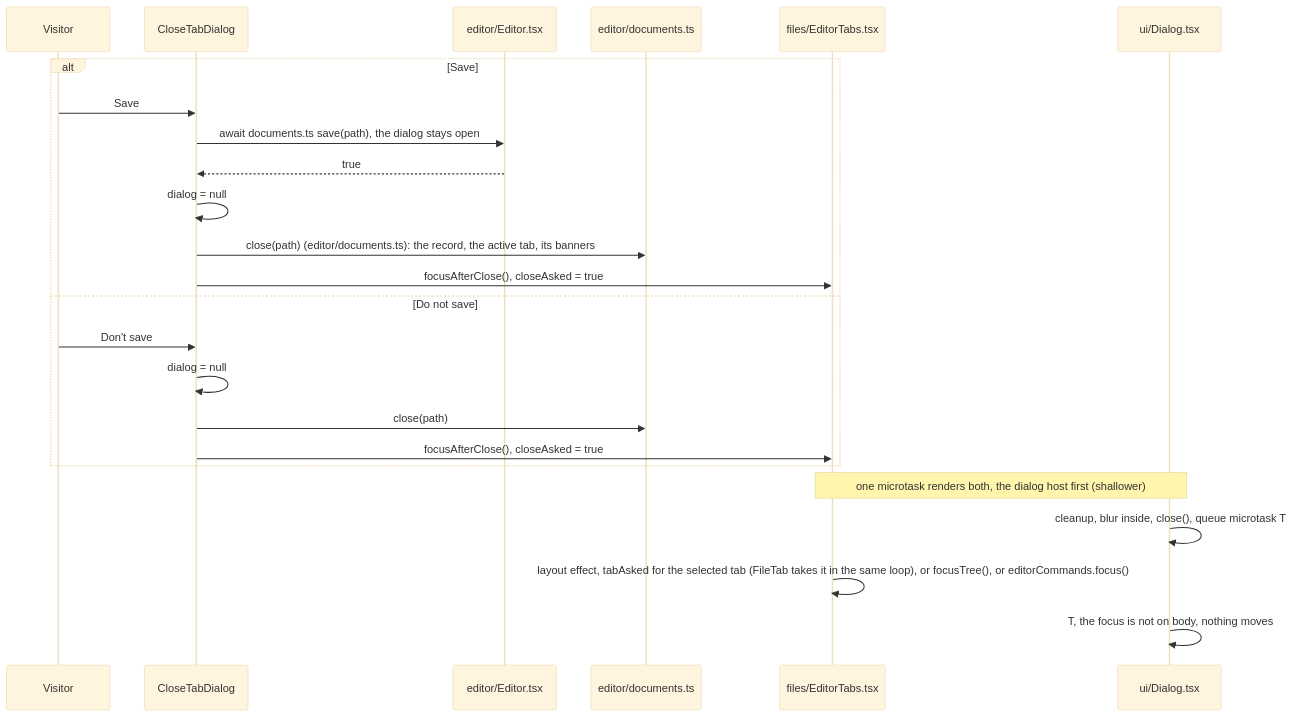
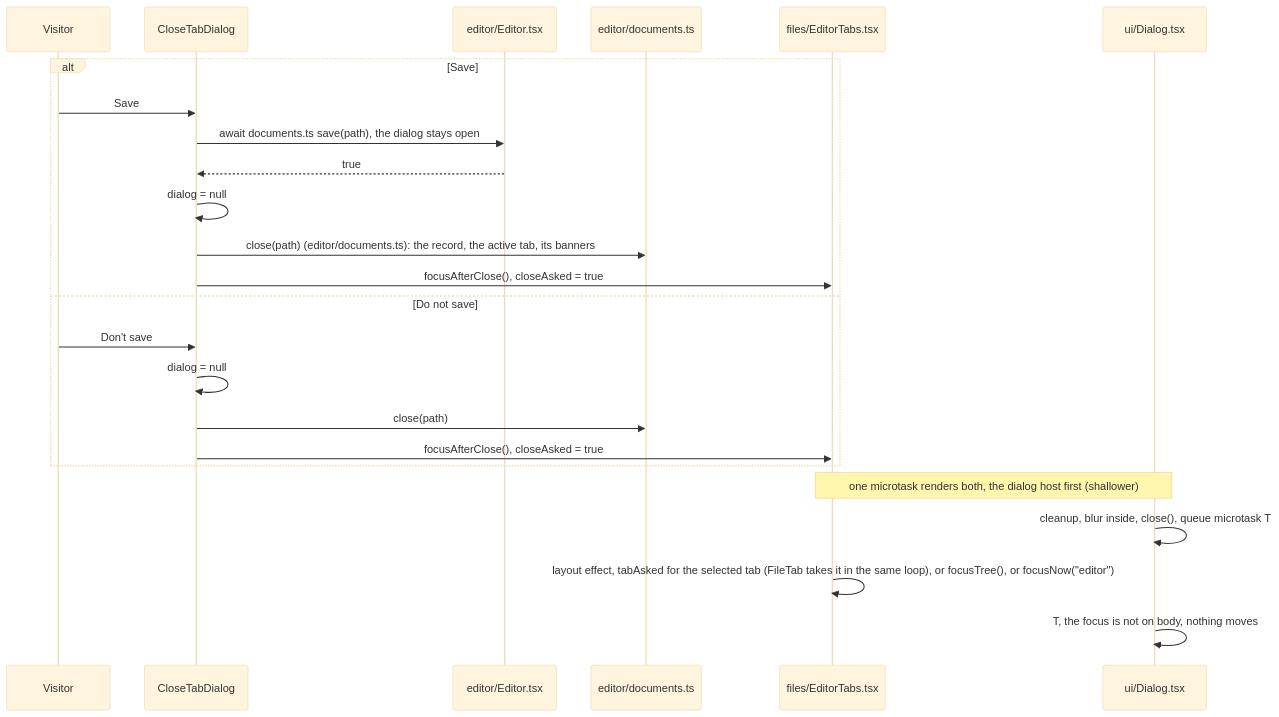
The fifth of 9 diagrams in docs/web-page-flows.md (jeffzyliu/dofile), drawn with Mermaid (base theme) before and after one commit. The commit also changed other lines of this file and 3 other files, not shown here.

Commit message:
docs: the focus registry in web-page-flows, SPEC, the data-flow doc and the test map

````diff
--- a/docs/web-page-flows.md
+++ b/docs/web-page-flows.md
@@ -241,26 +241,26 @@
 ```mermaid
 sequenceDiagram
   participant V as Visitor
   participant CT as CloseTabDialog
   participant Ed as editor/Editor.tsx
   participant A as editor/documents.ts
   participant ET as files/EditorTabs.tsx
   participant D as ui/Dialog.tsx
   alt Save
     V->>CT: Save
     CT->>Ed: await documents.ts save(path), the dialog stays open
     Ed-->>CT: true
     CT->>CT: dialog = null
     CT->>A: close(path) (editor/documents.ts): the record, the active tab, its banners
     CT->>ET: focusAfterClose(), closeAsked = true
   else Do not save
     V->>CT: Don't save
     CT->>CT: dialog = null
     CT->>A: close(path)
     CT->>ET: focusAfterClose(), closeAsked = true
   end
   Note over D,ET: one microtask renders both, the dialog host first (shallower)
   D->>D: cleanup, blur inside, close(), queue microtask T
-  ET->>ET: layout effect, tabAsked for the selected tab (FileTab takes it in the same loop), or focusTree(), or editorCommands.focus()
+  ET->>ET: layout effect, tabAsked for the selected tab (FileTab takes it in the same loop), or focusTree(), or focusNow("editor")
   D->>D: T, the focus is not on body, nothing moves
 ```
````
